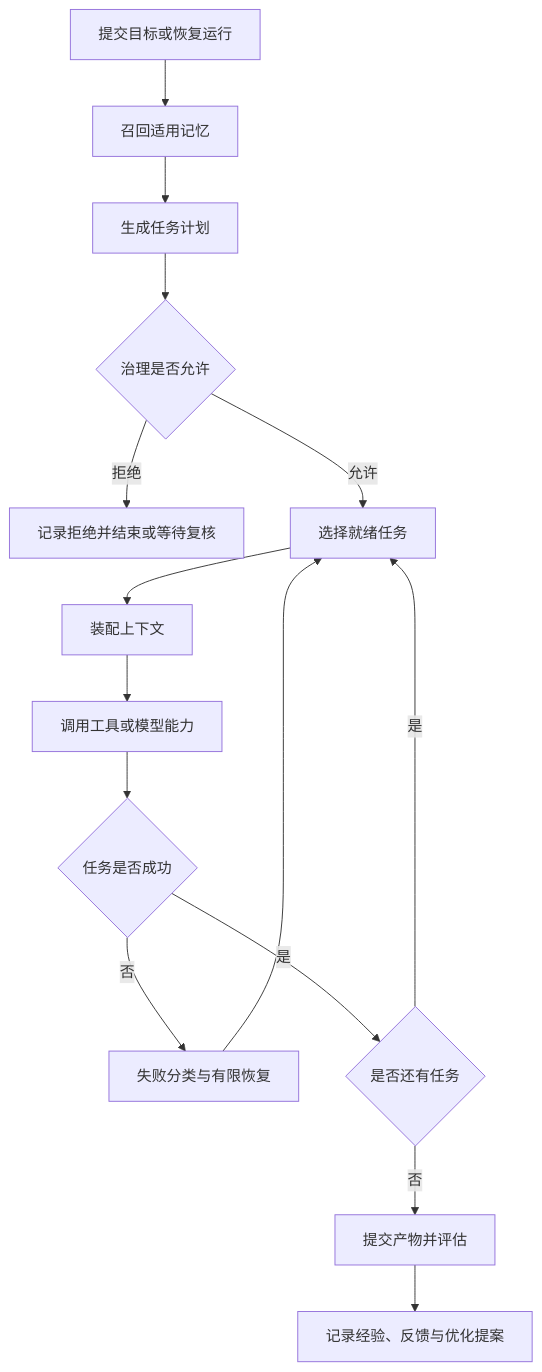
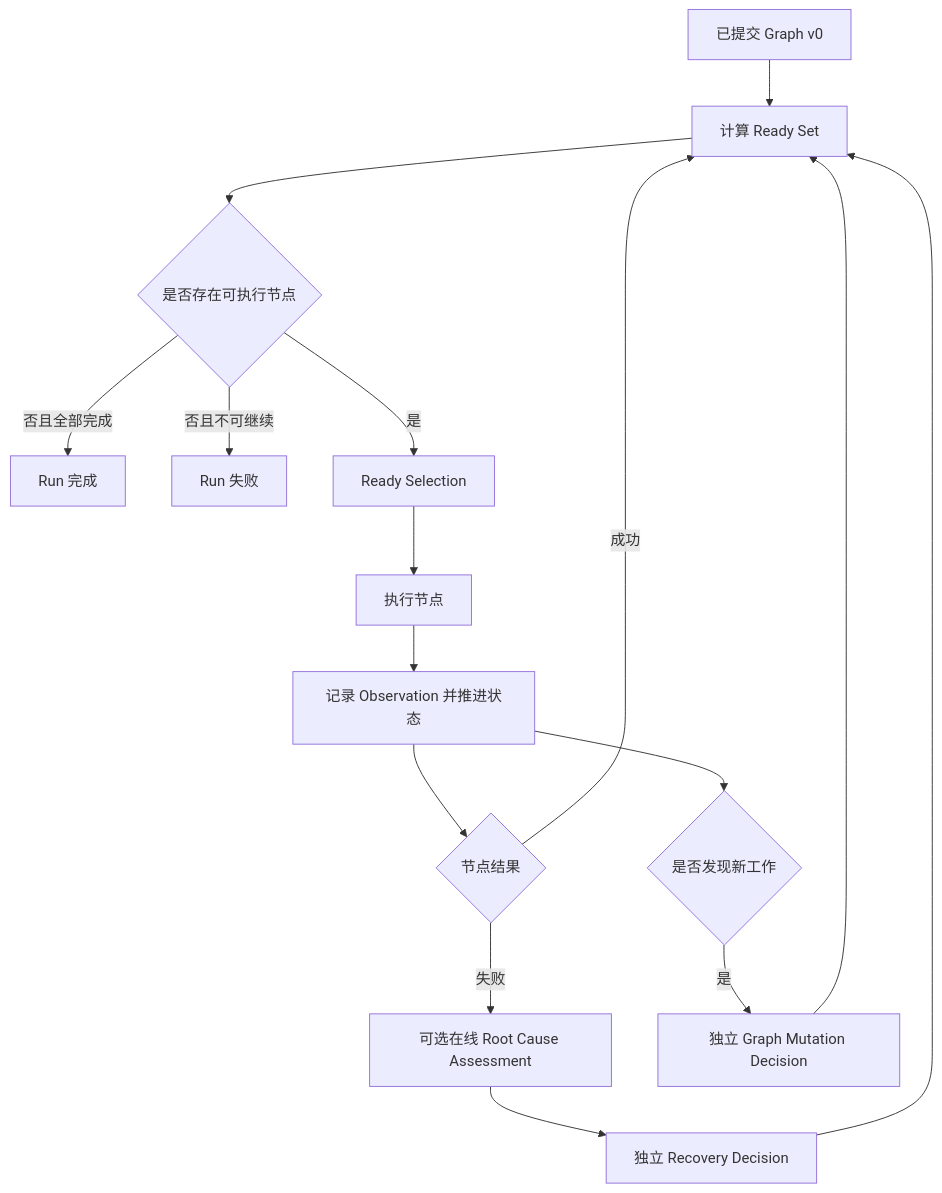
One commit to hych0317/Adaptive-Agent-Runtime changed the fourth of 8 diagrams in docs/系统功能设计说明.md. Above: the diagram before and after it, drawn with Mermaid. The commit also changed other lines of this file and 38 other files, not shown here.

````diff
--- a/docs/系统功能设计说明.md
+++ b/docs/系统功能设计说明.md
@@ -492,17 +667,18 @@
 ```mermaid
 flowchart TD
-    A["提交目标或恢复运行"] --> B["召回适用记忆"]
-    B --> C["生成任务计划"]
-    C --> D{"治理是否允许"}
-    D -- "拒绝" --> Z["记录拒绝并结束或等待复核"]
-    D -- "允许" --> E["选择就绪任务"]
-    E --> F["装配上下文"]
-    F --> G["调用工具或模型能力"]
-    G --> H{"任务是否成功"}
-    H -- "否" --> I["失败分类与有限恢复"]
-    I --> E
-    H -- "是" --> J{"是否还有任务"}
-    J -- "是" --> E
-    J -- "否" --> K["提交产物并评估"]
-    K --> L["记录经验、反馈与优化提案"]
+    A["已提交 Graph v0"] --> B["计算 Ready Set"]
+    B --> C{"是否存在可执行节点"}
+    C -- "否且全部完成" --> Z["Run 完成"]
+    C -- "否且不可继续" --> Y["Run 失败"]
+    C -- "是" --> D["Ready Selection"]
+    D --> E["执行节点"]
+    E --> F["记录 Observation 并推进状态"]
+    F --> G{"节点结果"}
+    G -- "成功" --> B
+    G -- "失败" --> H["可选在线 Root Cause Assessment"]
+    H --> I["独立 Recovery Decision"]
+    I --> B
+    F --> J{"是否发现新工作"}
+    J -- "是" --> K["独立 Graph Mutation Decision"]
+    K --> B
 ```
````
